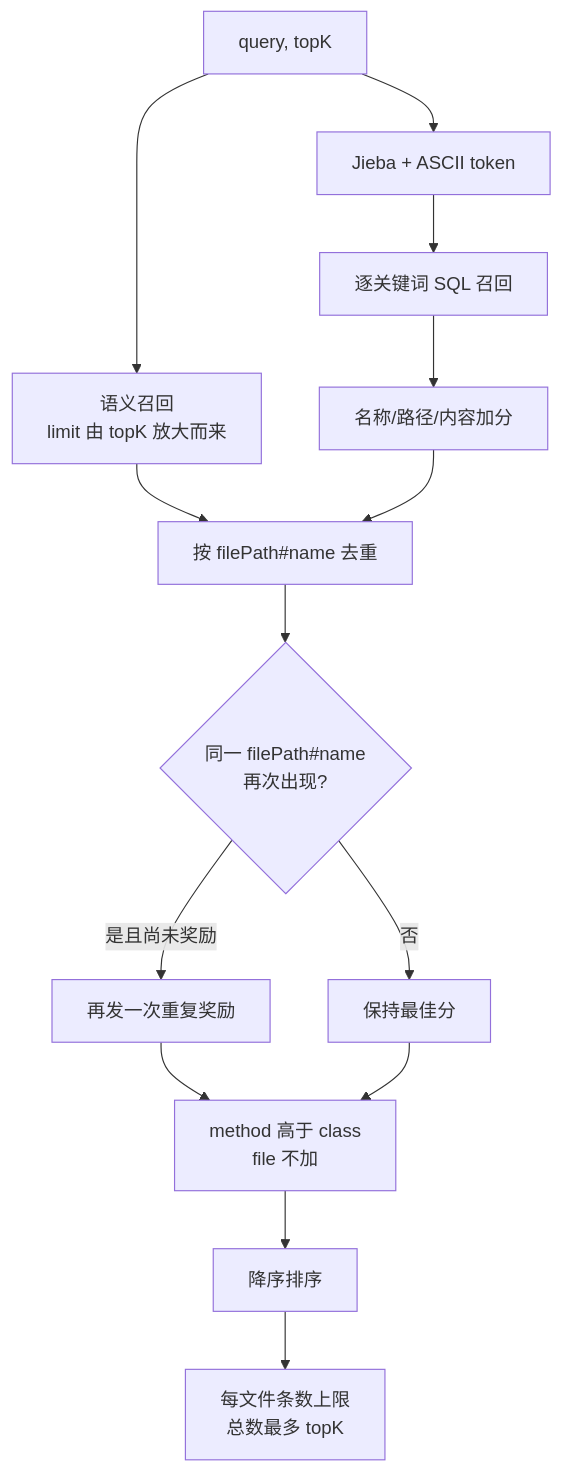
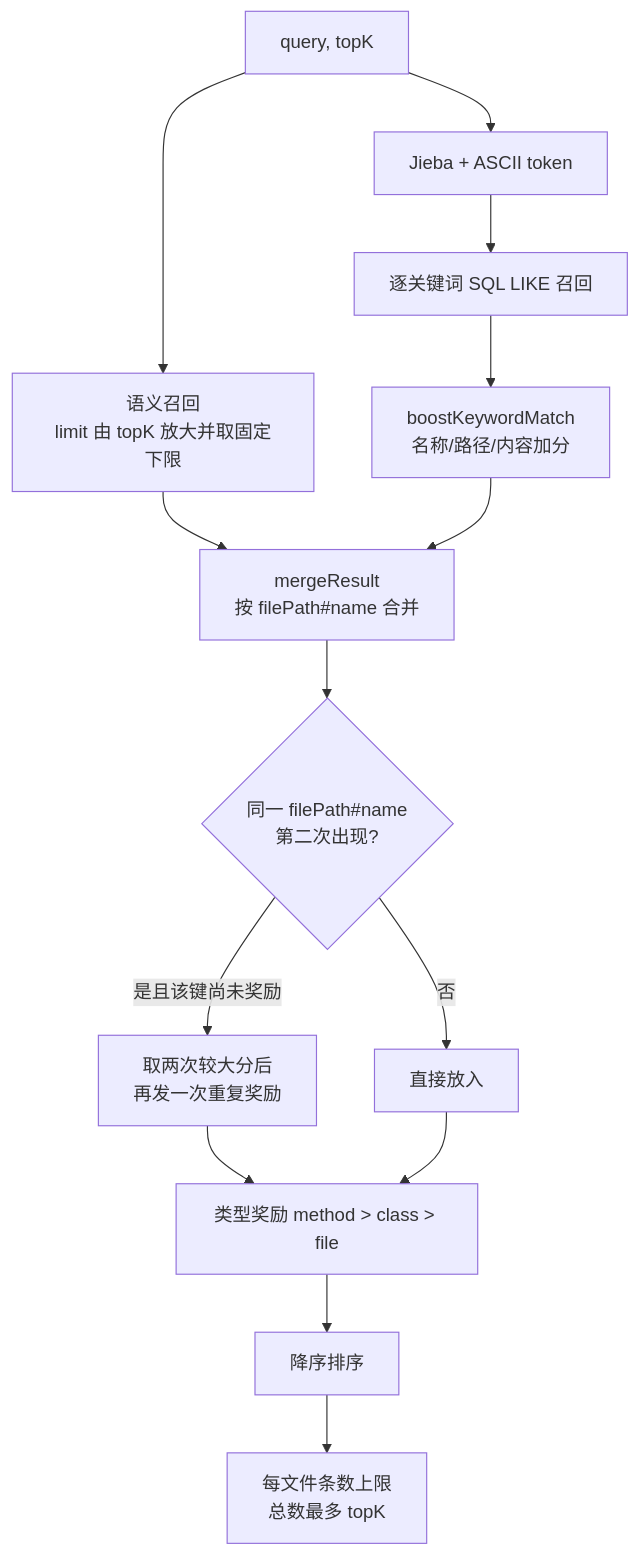
Before and after one commit to zgjdev/Code-Agent: the third of 3 diagrams in docs/dev/04-code-rag-graph.md, drawn with Mermaid. The commit also changed other lines of this file and 5 other files, not shown here.

````diff
--- a/docs/dev/04-code-rag-graph.md
+++ b/docs/dev/04-code-rag-graph.md
@@ -219,16 +226,16 @@
 ```mermaid
 flowchart TD
-    Q[query, topK] --> S[语义召回<br/>limit 由 topK 放大而来]
+    Q[query, topK] --> S[语义召回<br/>limit 由 topK 放大并取固定下限]
     Q --> T[Jieba + ASCII token]
-    T --> K[逐关键词 SQL 召回]
-    S --> M[按 filePath#name 去重]
-    K --> B[名称/路径/内容加分]
+    T --> K[逐关键词 SQL LIKE 召回]
+    K --> B[boostKeywordMatch<br/>名称/路径/内容加分]
+    S --> M[mergeResult<br/>按 filePath#name 合并]
     B --> M
-    M --> D{同一 filePath#name<br/>再次出现?}
-    D -->|是且尚未奖励| X[再发一次重复奖励]
-    D -->|否| Y[保持最佳分]
-    X --> C[method 高于 class<br/>file 不加]
+    M --> D{同一 filePath#name<br/>第二次出现?}
+    D -->|是且该键尚未奖励| X[取两次较大分后<br/>再发一次重复奖励]
+    D -->|否| Y[直接放入]
+    X --> C[类型奖励 method > class > file]
     Y --> C
     C --> R[降序排序]
     R --> L[每文件条数上限<br/>总数最多 topK]
 ```
````
